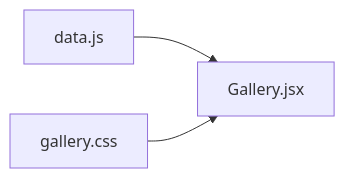
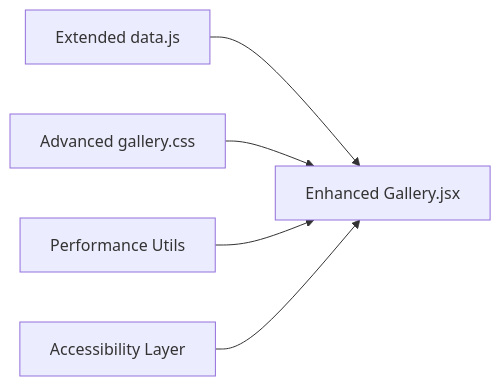
The fourth of 4 diagrams in .qoder/repowiki/en/content/Component Architecture/Landing Page Components/Gallery Components.md (Theja4/podiummomentum), drawn with Mermaid before and after one commit. The commit also changed other lines of this file and 24 other files, not shown here.

````diff
--- a/.qoder/repowiki/en/content/Component Architecture/Landing Page Components/Gallery Components.md
+++ b/.qoder/repowiki/en/content/Component Architecture/Landing Page Components/Gallery Components.md
@@ -221,5 +316,7 @@
 ```mermaid
 graph LR
-Data["data.js"] --> Comp["Gallery.jsx"]
-Style["gallery.css"] --> Comp
+Data["Extended data.js"] --> Comp["Enhanced Gallery.jsx"]
+Style["Advanced gallery.css"] --> Comp
+Perf["Performance Utils"] --> Comp
+A11y["Accessibility Layer"] --> Comp
 ```
````
